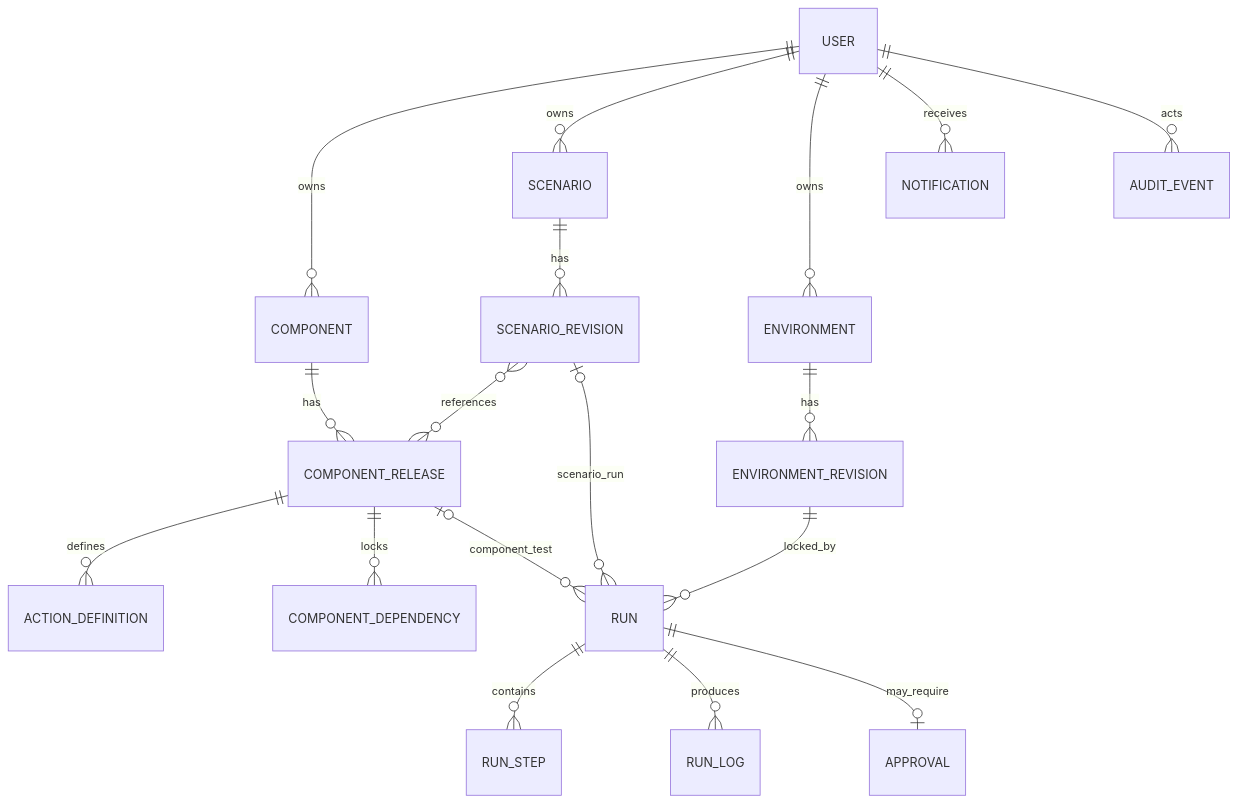
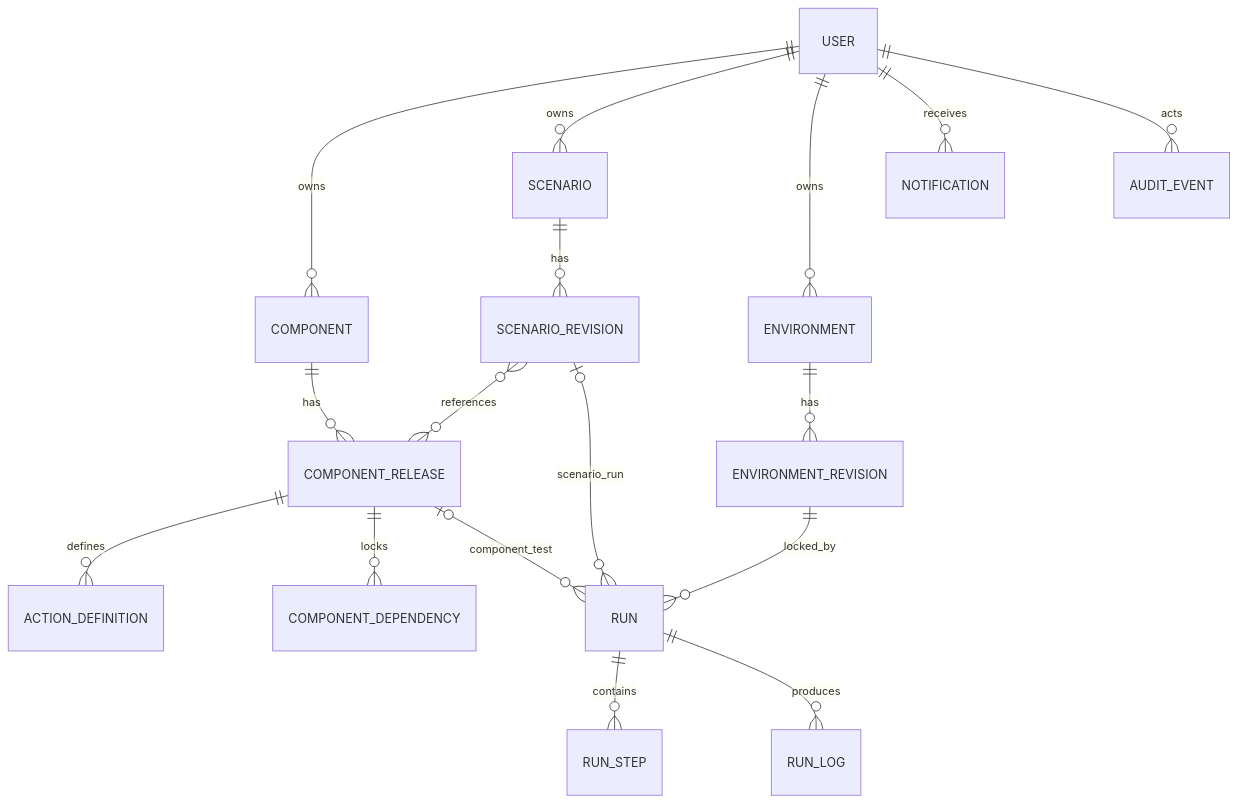
The second of 3 diagrams in docs/backend-design.md (wqy0812/owner), drawn with Mermaid before and after one commit. The commit also changed other lines of this file and 175 other files, not shown here.

````diff
--- a/docs/backend-design.md
+++ b/docs/backend-design.md
@@ -146,20 +146,19 @@
 ```mermaid
 erDiagram
     USER ||--o{ COMPONENT : owns
     COMPONENT ||--o{ COMPONENT_RELEASE : has
     COMPONENT_RELEASE ||--o{ ACTION_DEFINITION : defines
     COMPONENT_RELEASE ||--o{ COMPONENT_DEPENDENCY : locks
     USER ||--o{ SCENARIO : owns
     SCENARIO ||--o{ SCENARIO_REVISION : has
     SCENARIO_REVISION }o--o{ COMPONENT_RELEASE : references
     USER ||--o{ ENVIRONMENT : owns
     ENVIRONMENT ||--o{ ENVIRONMENT_REVISION : has
     ENVIRONMENT_REVISION ||--o{ RUN : locked_by
     COMPONENT_RELEASE o|--o{ RUN : component_test
     SCENARIO_REVISION o|--o{ RUN : scenario_run
     RUN ||--o{ RUN_STEP : contains
     RUN ||--o{ RUN_LOG : produces
-    RUN ||--o| APPROVAL : may_require
     USER ||--o{ NOTIFICATION : receives
     USER ||--o{ AUDIT_EVENT : acts
 ```
````
